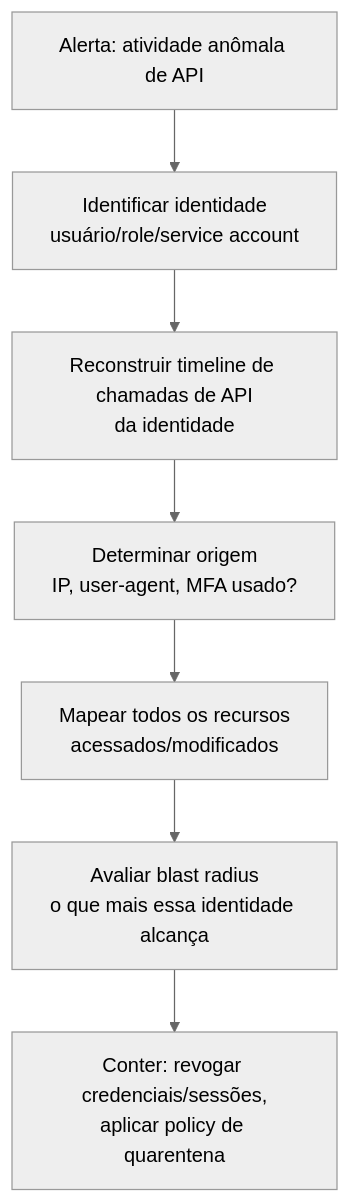
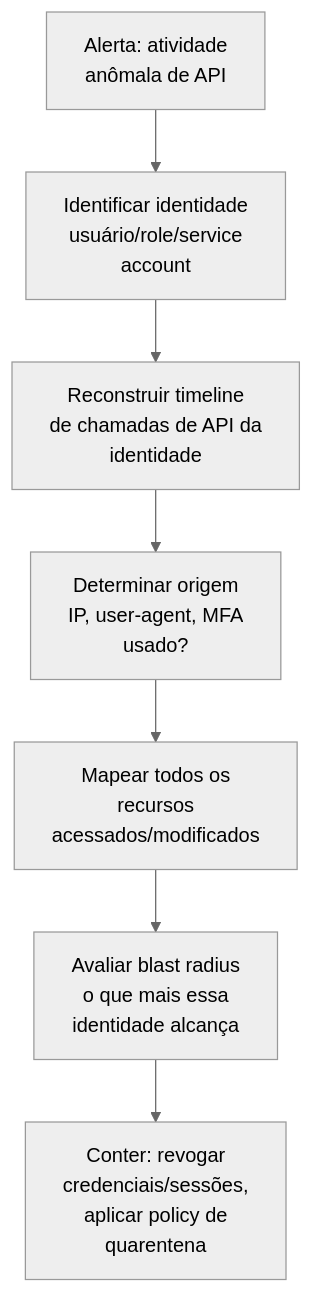
One commit to LuucasVerdun/Cyber-Attack-Analysis-Framework changed the diagram in Cloud-Investigations/README.md. Above: the diagram before and after it, drawn with Mermaid (neutral theme). The commit also changed 28 other files, not shown here.

````diff
--- a/Cloud-Investigations/README.md
+++ b/Cloud-Investigations/README.md
@@ -25,9 +25,9 @@
 ```mermaid
 flowchart TD
-    A[Alerta: atividade anômala de API] --> B[Identificar identidade<br/>usuário/role/service account]
-    B --> C[Reconstruir timeline de chamadas de API<br/>da identidade]
-    C --> D[Determinar origem<br/>IP, user-agent, MFA usado?]
-    D --> E[Mapear todos os recursos<br/>acessados/modificados]
-    E --> F[Avaliar blast radius<br/>o que mais essa identidade alcança]
-    F --> G[Conter: revogar credenciais/sessões,<br/>aplicar policy de quarentena]
+    A[Alerta: atividade<br/>anômala de API] --> B[Identificar identidade<br/>usuário/role/service<br/>account]
+    B --> C[Reconstruir timeline<br/>de chamadas de API da<br/>identidade]
+    C --> D[Determinar origem<br/>IP, user-agent, MFA<br/>usado?]
+    D --> E[Mapear todos os<br/>recursos<br/>acessados/modificados]
+    E --> F[Avaliar blast radius<br/>o que mais essa<br/>identidade alcança]
+    F --> G[Conter: revogar<br/>credenciais/sessões,<br/>aplicar policy de<br/>quarentena]
 ```
````
